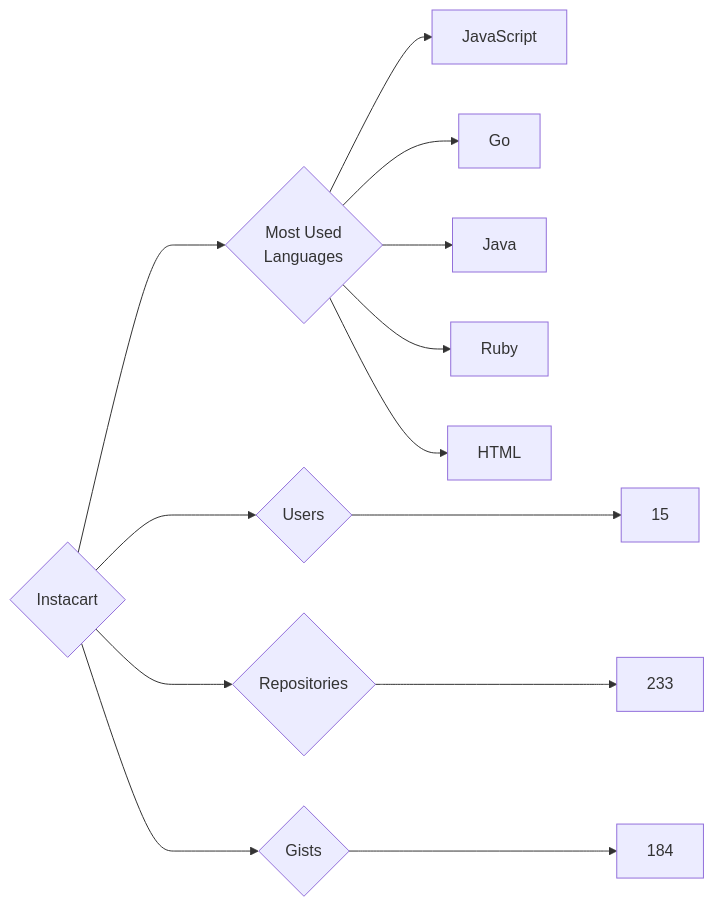
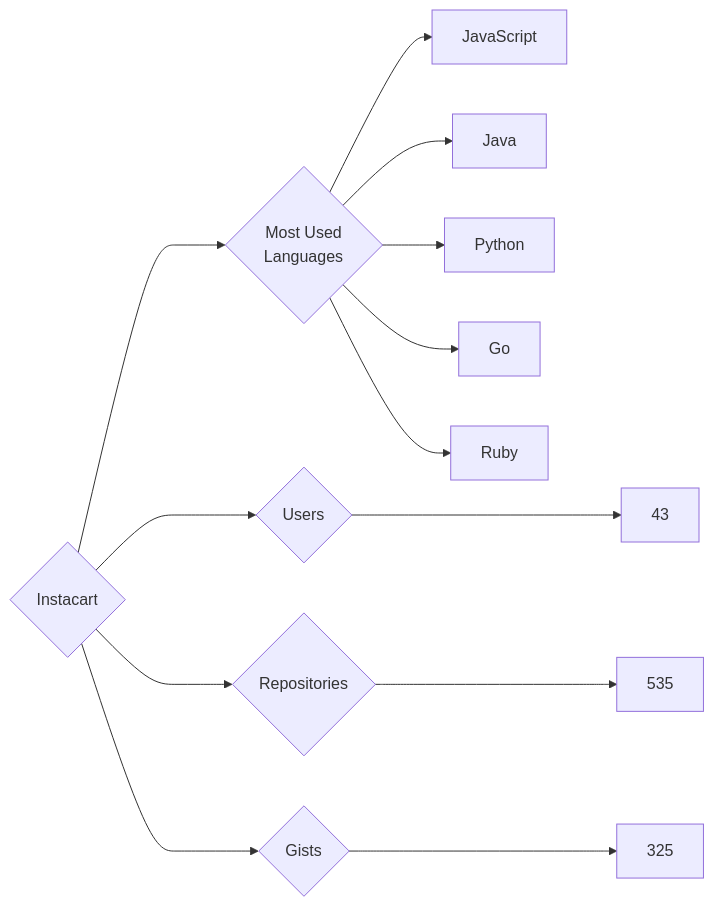
The diagram in targets/Instacart/README.md (trickest/insiders), drawn with Mermaid before and after one commit. The commit also changed 845 other files, not shown here.

````diff
--- a/targets/Instacart/README.md
+++ b/targets/Instacart/README.md
@@ -3,13 +3,13 @@
 ```mermaid
 graph LR
 COMPANY_NAME{Instacart}
-COMPANY_NAME ---> U{Users} ---> UN[15]
-COMPANY_NAME ---> R{Repositories} ---> RN[233]
-COMPANY_NAME ---> G{Gists} ---> GN[184]
+COMPANY_NAME ---> U{Users} ---> UN[43]
+COMPANY_NAME ---> R{Repositories} ---> RN[535]
+COMPANY_NAME ---> G{Gists} ---> GN[325]
 COMPANY_NAME ---> ML{Most Used<br>Languages}
 ML --> JavaScript[JavaScript]
+ML --> Java[Java]
+ML --> Python[Python]
 ML --> Go[Go]
-ML --> Java[Java]
 ML --> Ruby[Ruby]
-ML --> HTML[HTML]
 ```
````
